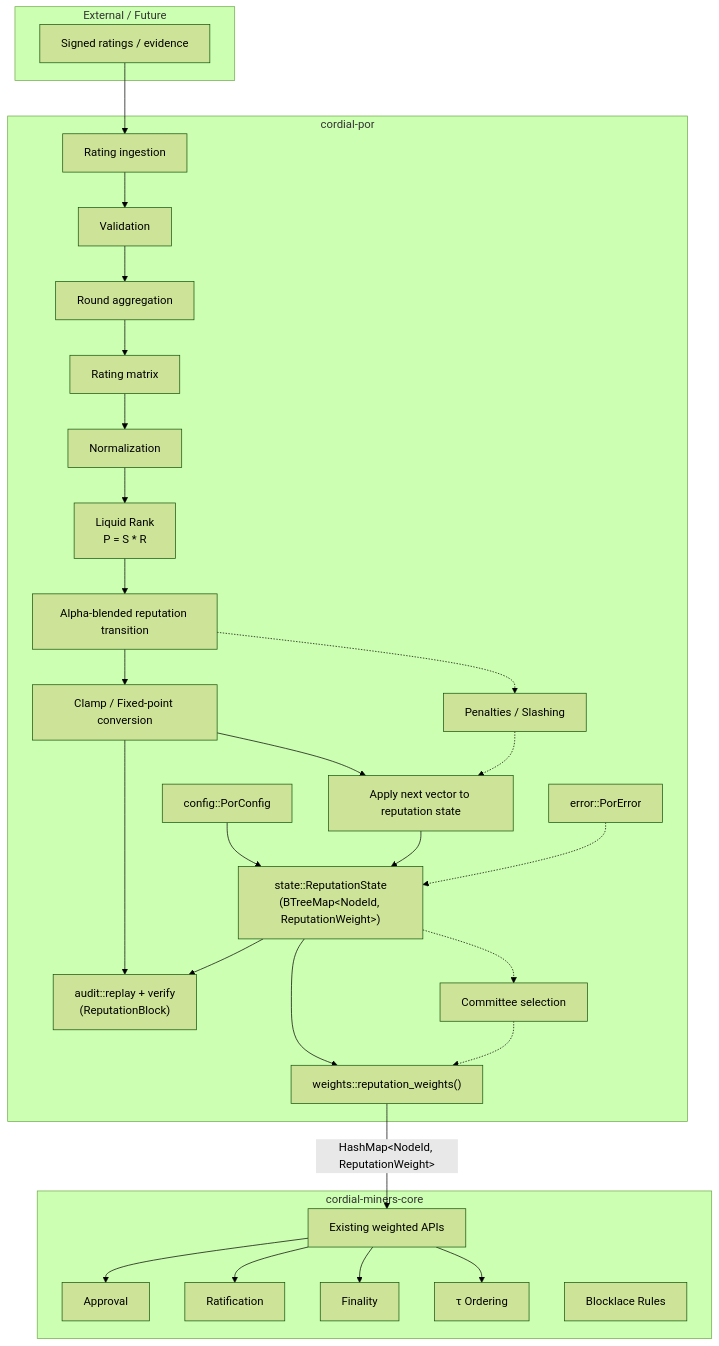
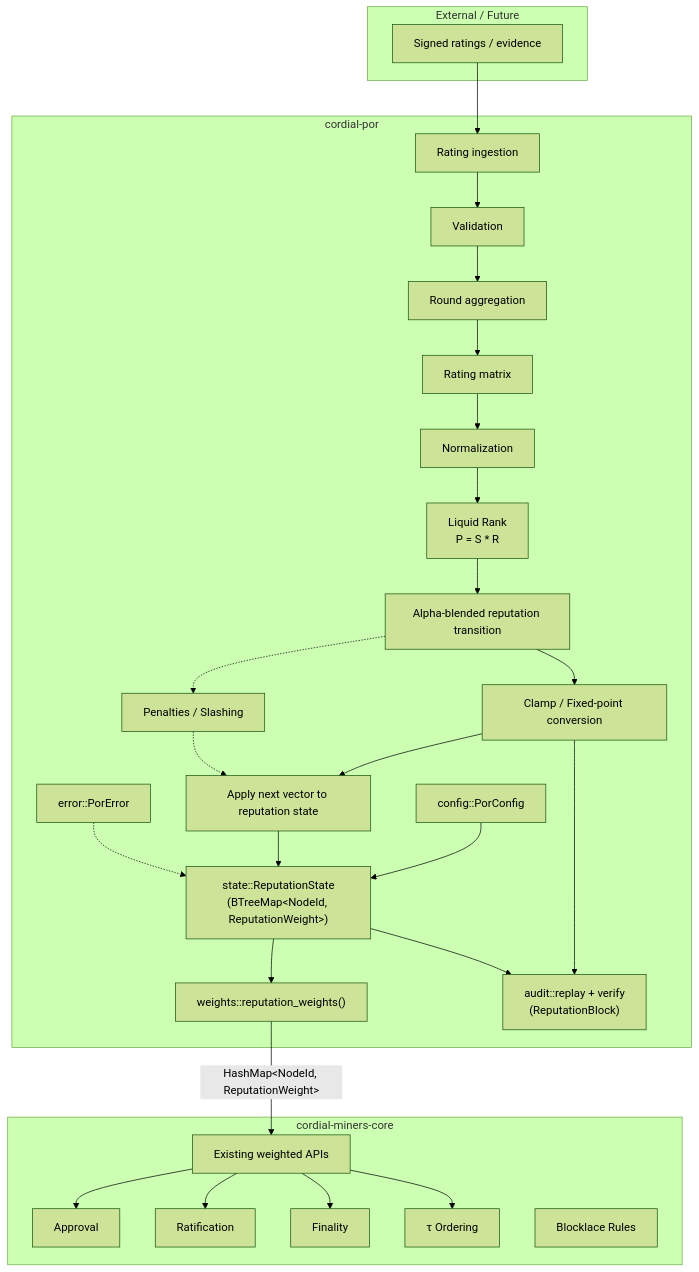
One commit to iCog-Labs-Dev/cordial-f1r3node changed the second of 2 diagrams in crates/cordial-por/docs/00-architecture.md. Above: the diagram before and after it, drawn with Mermaid (forest theme). The commit also changed other lines of this file and 1 other file, not shown here.

````diff
--- a/crates/cordial-por/docs/00-architecture.md
+++ b/crates/cordial-por/docs/00-architecture.md
@@ -66,80 +66,77 @@
 ```mermaid
 flowchart TD
 
     %% ---------- External ----------
     subgraph External["External / Future"]
         Ratings["Signed ratings / evidence"]
     end
 
     %% ---------- cordial-por ----------
     subgraph PoR["cordial-por"]
 
         Config["config::PorConfig"]
 
         State["state::ReputationState<br/>(BTreeMap&lt;NodeId, ReputationWeight&gt;)"]
 
         Export["weights::reputation_weights()"]
 
         Audit["audit::replay + verify<br/>(ReputationBlock)"]
 
         Error["error::PorError"]
 
         Ingest["Rating ingestion"]
         Validate["Validation"]
         Aggregate["Round aggregation"]
         Matrix["Rating matrix"]
         Normalize["Normalization"]
         Liquid["Liquid Rank<br/>P = S * R"]
         Penalty["Penalties / Slashing"]
         Clamp["Clamp / Fixed-point conversion"]
         Transition["Alpha-blended reputation transition"]
         Apply["Apply next vector to reputation state"]
-        Committee["Committee selection"]
 
     end
 
     %% ---------- cordial-miners-core ----------
     subgraph Core["cordial-miners-core"]
 
         Weighted["Existing weighted APIs"]
 
         Approval["Approval"]
         Ratification["Ratification"]
         Finality["Finality"]
         Tau["τ Ordering"]
         Blocklace["Blocklace Rules"]
 
     end
 
     %% ---------- Current implemented path ----------
     Ratings --> Ingest
     Ingest --> Validate
     Validate --> Aggregate
     Aggregate --> Matrix
     Matrix --> Normalize
     Normalize --> Liquid
     Liquid --> Transition
     Transition --> Clamp
     Clamp --> Apply
     Clamp --> Audit
     Config --> State
     State --> Export
     Export -->|"HashMap&lt;NodeId, ReputationWeight&gt;"| Weighted
 
     %% ---------- Future PoR extensions ----------
     Transition -.-> Penalty
     Penalty -.-> Apply
 
     Apply --> State
     State --> Audit
-    State -.-> Committee
-    Committee -.-> Export
 
     Error -.-> State
 
     %% ---------- Consumed by Cordial Miners ----------
     Weighted --> Approval
     Weighted --> Ratification
     Weighted --> Finality
     Weighted --> Tau
 ```
````
